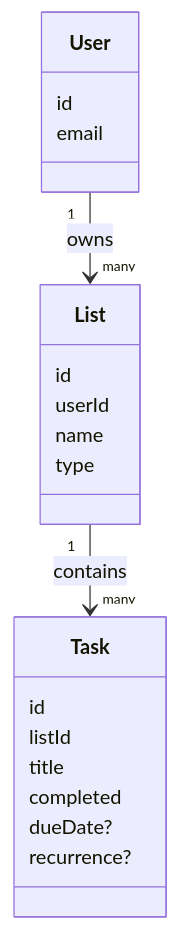
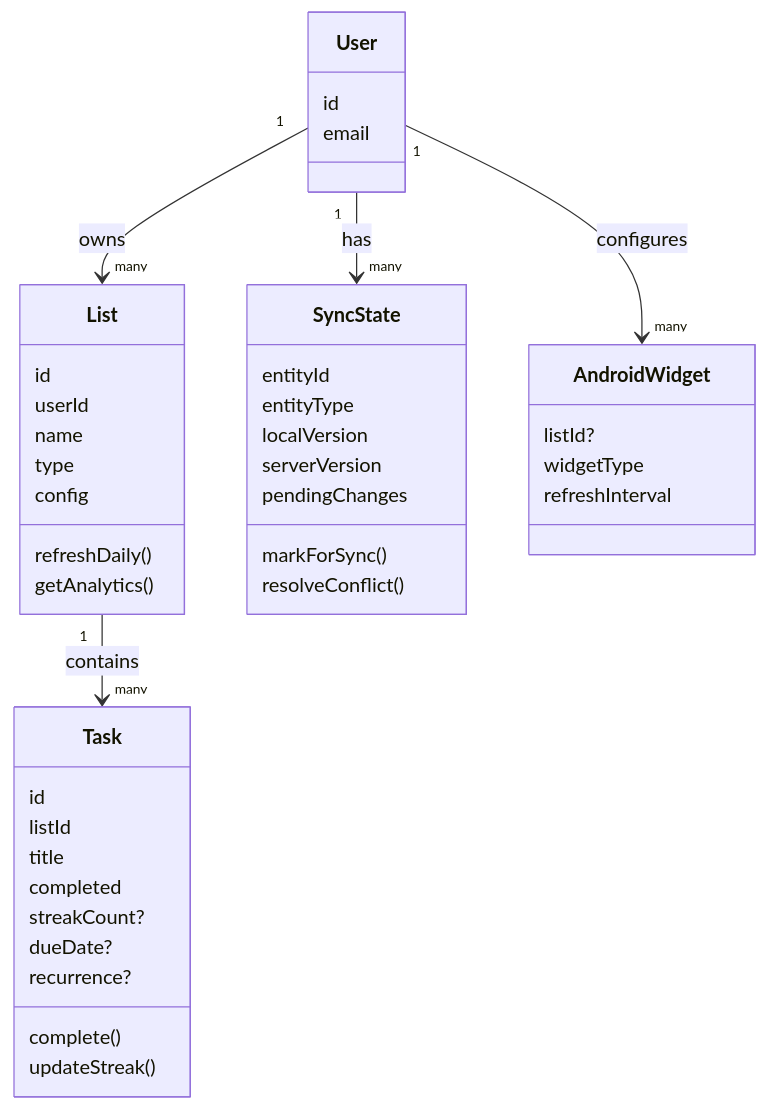
The first of 4 diagrams in docs/domain.md (diegobraga92/OpenToDoApp), drawn with Mermaid before and after one commit. The commit also changed other lines of this file and 3 other files, not shown here.

````diff
--- a/docs/domain.md
+++ b/docs/domain.md
@@ -69,26 +120,50 @@
 ```mermaid
 classDiagram
   User "1" --> "many" List : owns
   List "1" --> "many" Task : contains
+  User "1" --> "many" SyncState : has
+  User "1" --> "many" AndroidWidget : configures
 
   class User {
     id
     email
   }
 
   class List {
     id
     userId
     name
     type
+    config
+    refreshDaily()
+    getAnalytics()
   }
 
   class Task {
     id
     listId
     title
     completed
+    streakCount?
     dueDate?
     recurrence?
+    complete()
+    updateStreak()
+  }
+
+  class SyncState {
+    entityId
+    entityType
+    localVersion
+    serverVersion
+    pendingChanges
+    markForSync()
+    resolveConflict()
+  }
+
+  class AndroidWidget {
+    listId?
+    widgetType
+    refreshInterval
   }
 ```
````
